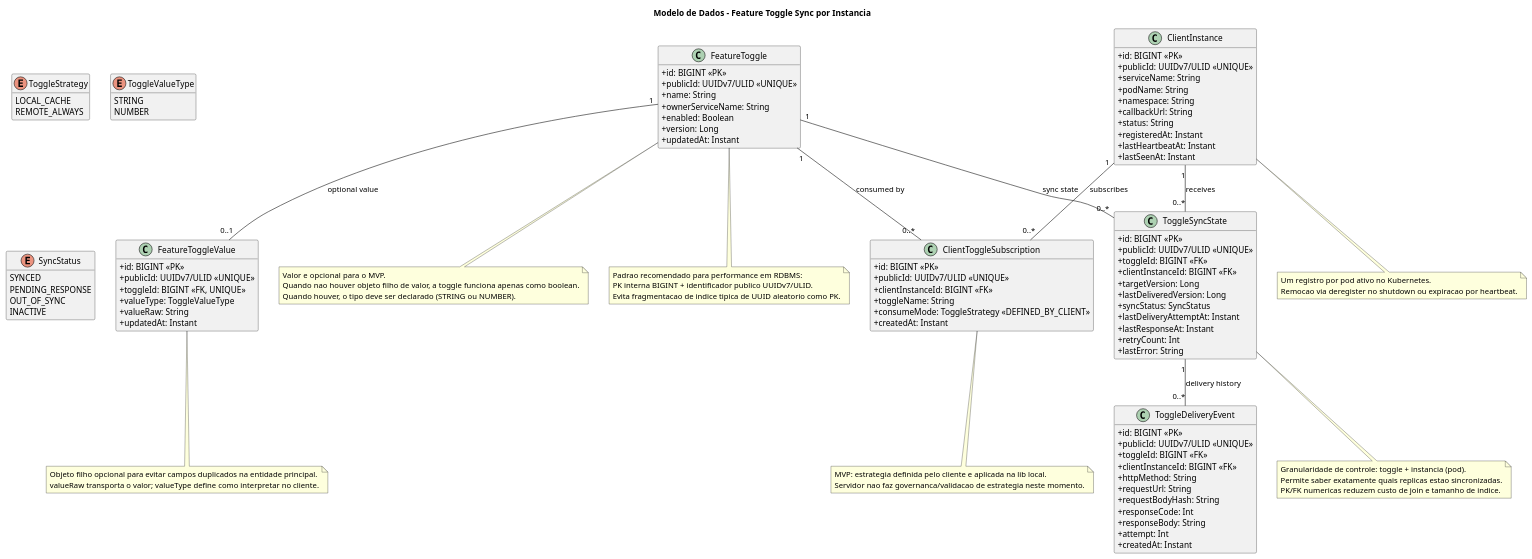
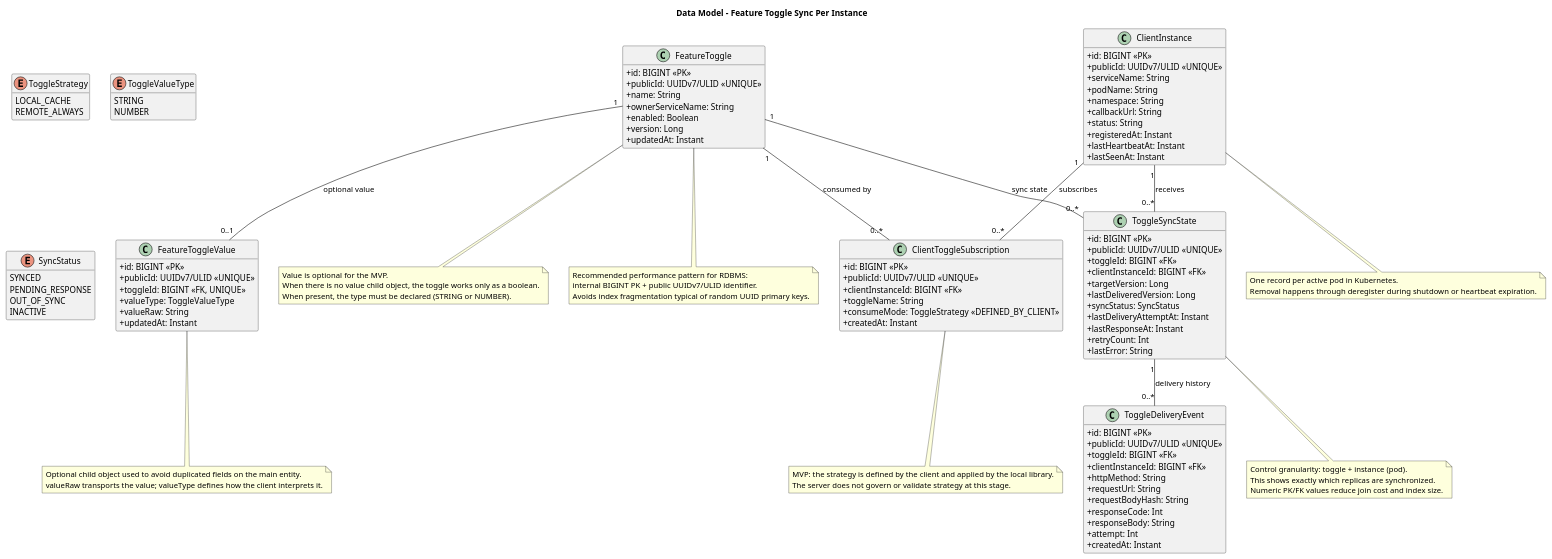
Before and after one commit to marcosfaneli/toggle: the diagram in doc/feature-toggle-data-model.puml, drawn with PlantUML. The commit also changed 33 other files, not shown here.

```diff
--- a/doc/feature-toggle-data-model.puml
+++ b/doc/feature-toggle-data-model.puml
@@ -1,134 +1,134 @@
 @startuml
-' Modelo de dados sugerido para Feature Toggle em Kubernetes
+' Suggested data model for Feature Toggle on Kubernetes
 
 hide methods
 skinparam classAttributeIconSize 0
 
-title Modelo de Dados - Feature Toggle Sync por Instancia
+title Data Model - Feature Toggle Sync Per Instance
 
 enum ToggleStrategy {
   LOCAL_CACHE
   REMOTE_ALWAYS
 }
 
 enum ToggleValueType {
   STRING
   NUMBER
 }
 
 enum SyncStatus {
   SYNCED
   PENDING_RESPONSE
   OUT_OF_SYNC
   INACTIVE
 }
 
 class FeatureToggle {
   +id: BIGINT <<PK>>
   +publicId: UUIDv7/ULID <<UNIQUE>>
   +name: String
   +ownerServiceName: String
   +enabled: Boolean
   +version: Long
   +updatedAt: Instant
 }
 
 class FeatureToggleValue {
   +id: BIGINT <<PK>>
   +publicId: UUIDv7/ULID <<UNIQUE>>
   +toggleId: BIGINT <<FK, UNIQUE>>
   +valueType: ToggleValueType
   +valueRaw: String
   +updatedAt: Instant
 }
 
 class ClientInstance {
   +id: BIGINT <<PK>>
   +publicId: UUIDv7/ULID <<UNIQUE>>
   +serviceName: String
   +instanceId: String <<UNIQUE(serviceName, instanceId)>>
   +podName: String
   +namespace: String
   +callbackUrl: String
   +status: String
   +registeredAt: Instant
   +lastHeartbeatAt: Instant
   +lastSeenAt: Instant
 }
 
 class ClientToggleSubscription {
   +id: BIGINT <<PK>>
   +publicId: UUIDv7/ULID <<UNIQUE>>
   +clientInstanceId: BIGINT <<FK>>
   +toggleName: String
   +consumeMode: ToggleStrategy <<DEFINED_BY_CLIENT>>
   +createdAt: Instant
 }
 
 class ToggleSyncState {
   +id: BIGINT <<PK>>
   +publicId: UUIDv7/ULID <<UNIQUE>>
   +toggleId: BIGINT <<FK>>
   +clientInstanceId: BIGINT <<FK>>
   +targetVersion: Long
   +lastDeliveredVersion: Long
   +uniqueKey: (toggleId, clientInstanceId) <<UNIQUE>>
   +syncStatus: SyncStatus
   +lastDeliveryAttemptAt: Instant
   +lastResponseAt: Instant
   +retryCount: Int
   +lastError: String
 }
 
 class ToggleDeliveryEvent {
   +id: BIGINT <<PK>>
   +publicId: UUIDv7/ULID <<UNIQUE>>
   +toggleId: BIGINT <<FK>>
   +clientInstanceId: BIGINT <<FK>>
   +httpMethod: String
   +requestUrl: String
   +requestBodyHash: String
   +responseCode: Int
   +responseBody: String
   +attempt: Int
   +createdAt: Instant
 }
 
 FeatureToggle "1" -- "0..*" ToggleSyncState : sync state
 FeatureToggle "1" -- "0..1" FeatureToggleValue : optional value
 ClientInstance "1" -- "0..*" ToggleSyncState : receives
 ClientInstance "1" -- "0..*" ClientToggleSubscription : subscribes
 FeatureToggle "1" -- "0..*" ClientToggleSubscription : consumed by
 ToggleSyncState "1" -- "0..*" ToggleDeliveryEvent : delivery history
 
 note bottom of ToggleSyncState
-Granularidade de controle: toggle + instancia (pod).
-Permite saber exatamente quais replicas estao sincronizadas.
-PK/FK numericas reduzem custo de join e tamanho de indice.
+Control granularity: toggle + instance (pod).
+This shows exactly which replicas are synchronized.
+Numeric PK/FK values reduce join cost and index size.
 end note
 
 note bottom of ClientInstance
-Um registro por pod ativo no Kubernetes.
-Remocao via deregister no shutdown ou expiracao por heartbeat.
+One record per active pod in Kubernetes.
+Removal happens through deregister during shutdown or heartbeat expiration.
 end note
 
 note bottom of ClientToggleSubscription
-MVP: estrategia definida pelo cliente e aplicada na lib local.
-Servidor nao faz governanca/validacao de estrategia neste momento.
+MVP: the strategy is defined by the client and applied by the local library.
+The server does not govern or validate strategy at this stage.
 end note
 
 note bottom of FeatureToggle
-Valor e opcional para o MVP.
-Quando nao houver objeto filho de valor, a toggle funciona apenas como boolean.
-Quando houver, o tipo deve ser declarado (STRING ou NUMBER).
+Value is optional for the MVP.
+When there is no value child object, the toggle works only as a boolean.
+When present, the type must be declared (STRING or NUMBER).
 end note
 
 note bottom of FeatureToggleValue
-Objeto filho opcional para evitar campos duplicados na entidade principal.
-valueRaw transporta o valor; valueType define como interpretar no cliente.
+Optional child object used to avoid duplicated fields on the main entity.
+valueRaw transports the value; valueType defines how the client interprets it.
 end note
 
-note "Padrao recomendado para performance em RDBMS:\nPK interna BIGINT + identificador publico UUIDv7/ULID.\nEvita fragmentacao de indice tipica de UUID aleatorio como PK." as N1
+note "Recommended performance pattern for RDBMS:\ninternal BIGINT PK + public UUIDv7/ULID identifier.\nAvoids index fragmentation typical of random UUID primary keys." as N1
 FeatureToggle .. N1
 
 @enduml
```
